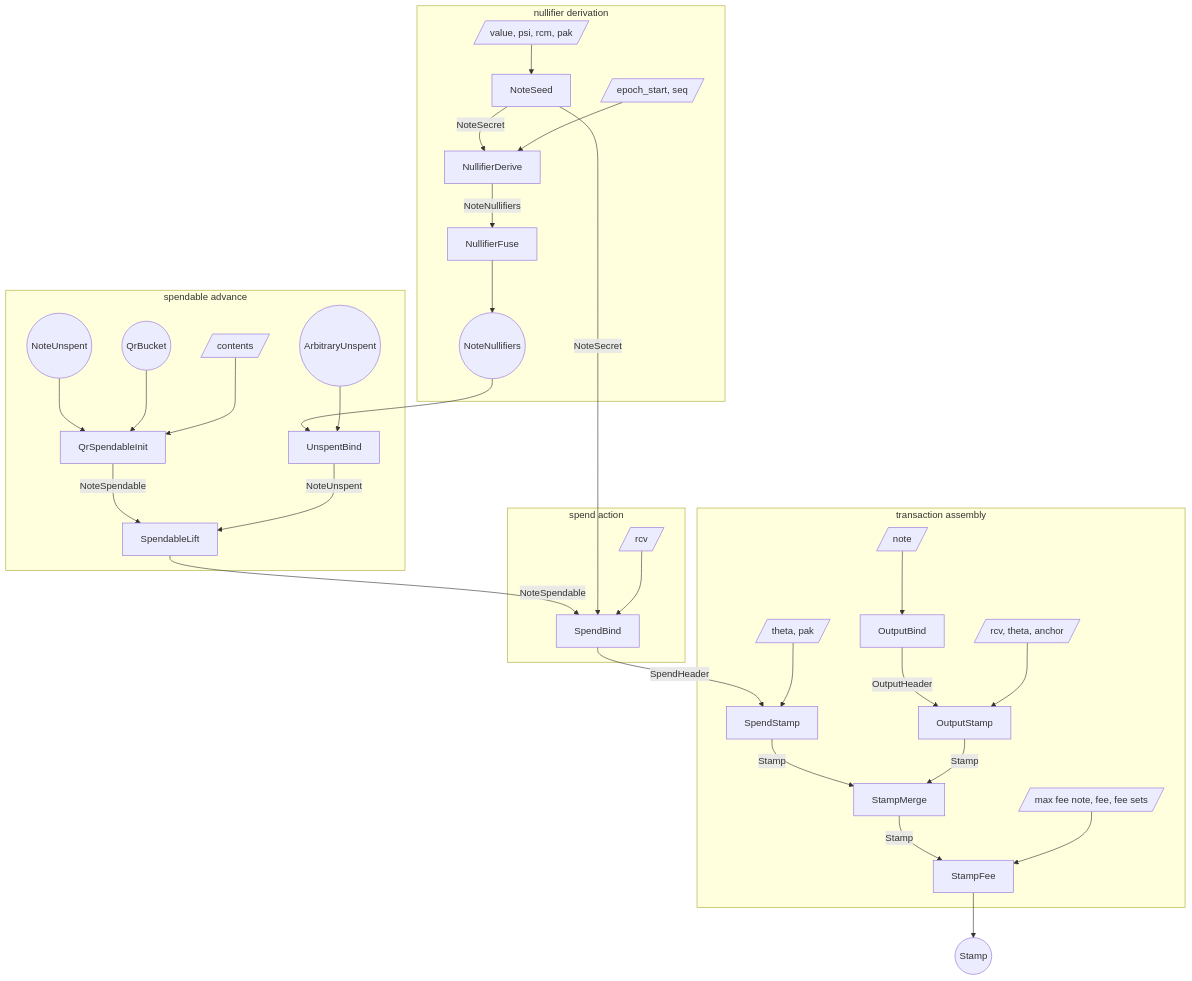
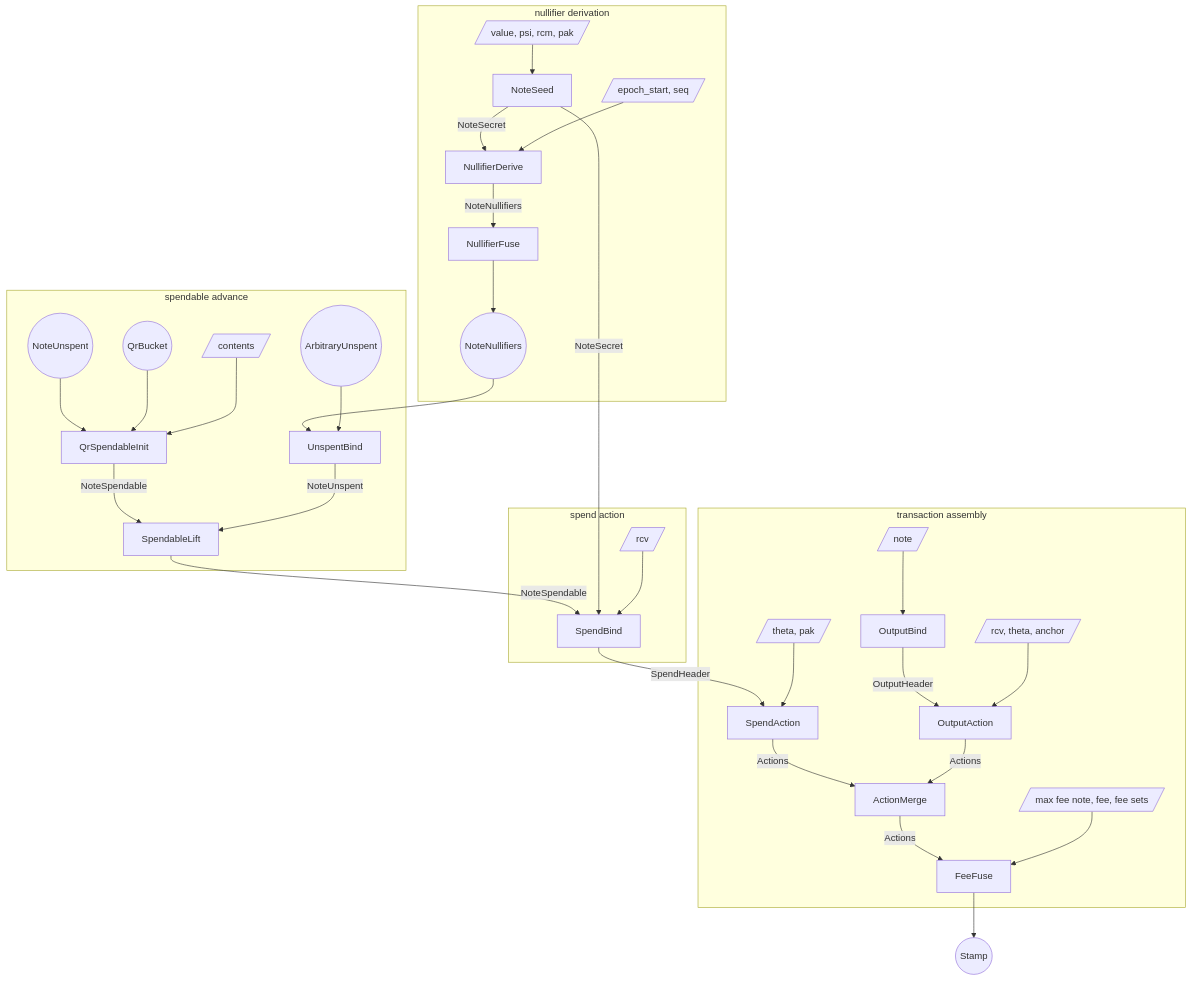
One commit to tachyon-zcash/tachyon changed the first of 3 diagrams in book/src/proof-tree.md. Above: the diagram before and after it, drawn with Mermaid. The commit also changed other lines of this file and 4 other files, not shown here.

Commit message:
docs(book): describe pre-fee actions and fee-bearing stamps

````diff
--- a/book/src/proof-tree.md
+++ b/book/src/proof-tree.md
@@ -391,69 +399,69 @@
 ```mermaid
 flowchart TB
   subgraph derive [nullifier derivation]
     w_seed[/value, psi, rcm, pak/]
     s_seed[NoteSeed]
     w_window[/epoch_start, seq/]
     s_window[NullifierDerive]
     s_dfuse[NullifierFuse]
     nf_range((NoteNullifiers))
   end
 
   subgraph spendable [spendable advance]
     bucket_in((QrBucket))
     creation_in((NoteUnspent))
     w_init[/contents/]
     s_init[QrSpendableInit]
     unspent_in((ArbitraryUnspent))
     s_unspentbind[UnspentBind]
     s_lift[SpendableLift]
   end
 
   subgraph spend_stamp [spend action]
     w_bind[/rcv/]
     s_bind[SpendBind]
   end
 
   subgraph merge [transaction assembly]
     w_stamp[/theta, pak/]
-    s_spendstamp[SpendStamp]
+    s_spendstamp[SpendAction]
     w_outbind[/note/]
     s_outbind[OutputBind]
     w_output[/rcv, theta, anchor/]
-    s_output[OutputStamp]
-    s_merge[StampMerge]
+    s_output[OutputAction]
+    s_merge[ActionMerge]
     w_fee[/max fee note, fee, fee sets/]
-    s_fee[StampFee]
+    s_fee[FeeFuse]
   end
 
   stamp_out((Stamp))
 
   w_seed --> s_seed
   s_seed -->|NoteSecret| s_window
   w_window --> s_window
   s_window -->|NoteNullifiers| s_dfuse
   s_dfuse --> nf_range
 
   creation_in --> s_init
   bucket_in --> s_init
   w_init --> s_init
   nf_range --> s_unspentbind
   unspent_in --> s_unspentbind
   s_init -->|NoteSpendable| s_lift
   s_unspentbind -->|NoteUnspent| s_lift
   s_lift -->|NoteSpendable| s_bind
 
   s_seed -->|NoteSecret| s_bind
   w_bind --> s_bind
   s_bind -->|SpendHeader| s_spendstamp
   w_stamp --> s_spendstamp
 
   w_outbind --> s_outbind
   s_outbind -->|OutputHeader| s_output
   w_output --> s_output
-  s_spendstamp -->|Stamp| s_merge
-  s_output -->|Stamp| s_merge
-  s_merge -->|Stamp| s_fee
+  s_spendstamp -->|Actions| s_merge
+  s_output -->|Actions| s_merge
+  s_merge -->|Actions| s_fee
   w_fee --> s_fee
   s_fee --> stamp_out
 ```
````
